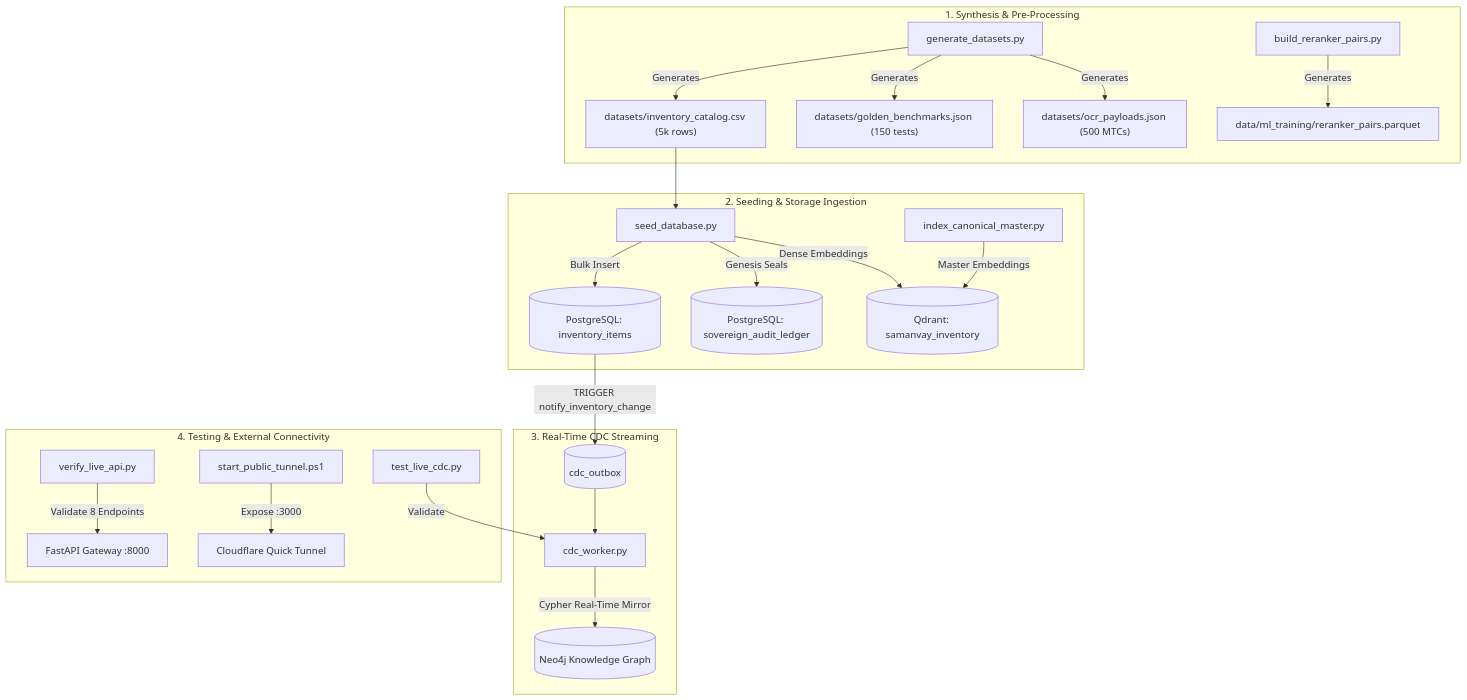
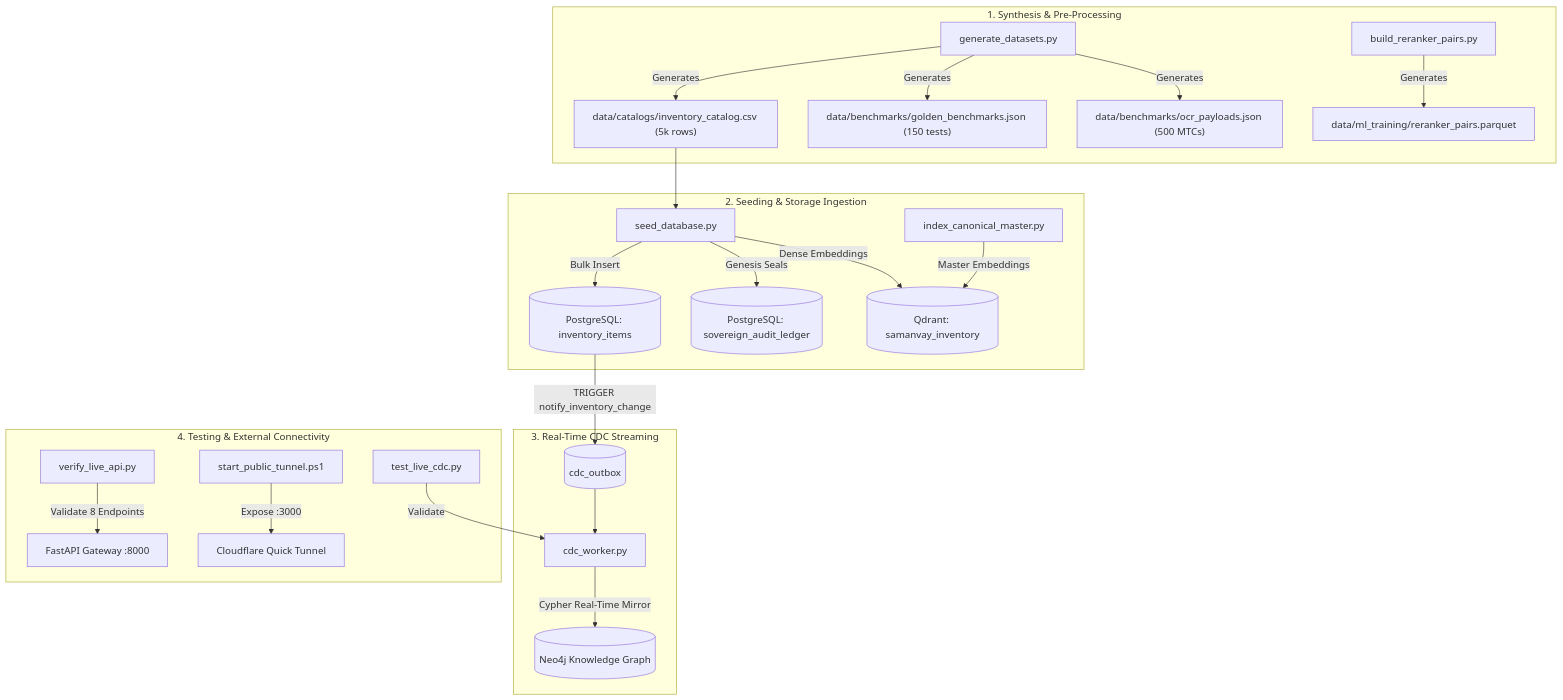
Before and after one commit to Gesicht436/Samanvay-AI: the first of 4 diagrams in scripts/README.md, drawn with Mermaid. The commit also changed other lines of this file and 39 other files, not shown here.

First line of the commit message:
refactor(data): consolidate datasets into data and standardize SCMS-27 canonical schema

````diff
--- a/scripts/README.md
+++ b/scripts/README.md
@@ -9,29 +9,29 @@
 ```mermaid
 flowchart TD
     subgraph DataGeneration["1. Synthesis & Pre-Processing"]
-        GD["generate_datasets.py"] -->|Generates| IC["datasets/inventory_catalog.csv (5k rows)"]
-        GD -->|Generates| GB["datasets/golden_benchmarks.json (150 tests)"]
-        GD -->|Generates| OP["datasets/ocr_payloads.json (500 MTCs)"]
+        GD["generate_datasets.py"] -->|Generates| IC["data/catalogs/inventory_catalog.csv (5k rows)"]
+        GD -->|Generates| GB["data/benchmarks/golden_benchmarks.json (150 tests)"]
+        GD -->|Generates| OP["data/benchmarks/ocr_payloads.json (500 MTCs)"]
         BRP["build_reranker_pairs.py"] -->|Generates| RP["data/ml_training/reranker_pairs.parquet"]
     end
 
     subgraph SeedingAndStorage["2. Seeding & Storage Ingestion"]
         IC --> SD["seed_database.py"]
         SD -->|Bulk Insert| PG[(PostgreSQL: inventory_items)]
         SD -->|Genesis Seals| AL[(PostgreSQL: sovereign_audit_ledger)]
         SD -->|Dense Embeddings| QD[(Qdrant: samanvay_inventory)]
         ICM["index_canonical_master.py"] -->|Master Embeddings| QD
     end
 
     subgraph RealTimeSync["3. Real-Time CDC Streaming"]
         PG -->|TRIGGER notify_inventory_change| OB[(cdc_outbox)]
         OB --> CW["cdc_worker.py"]
         CW -->|Cypher Real-Time Mirror| NJ[(Neo4j Knowledge Graph)]
     end
 
     subgraph VerificationAndNetworking["4. Testing & External Connectivity"]
         TLC["test_live_cdc.py"] -->|Validate| CW
         VLA["verify_live_api.py"] -->|Validate 8 Endpoints| API[FastAPI Gateway :8000]
         SPT["start_public_tunnel.ps1"] -->|Expose :3000| CFT[Cloudflare Quick Tunnel]
     end
 ```
````
